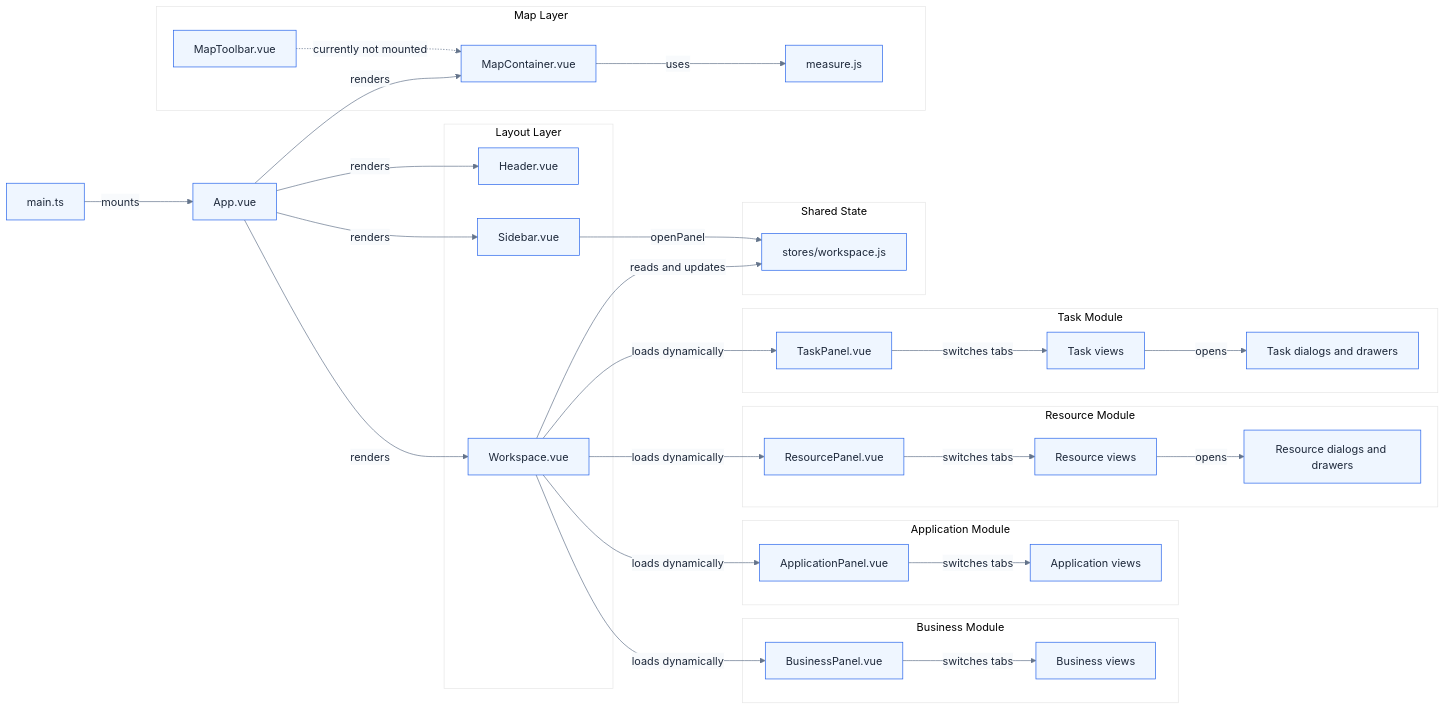
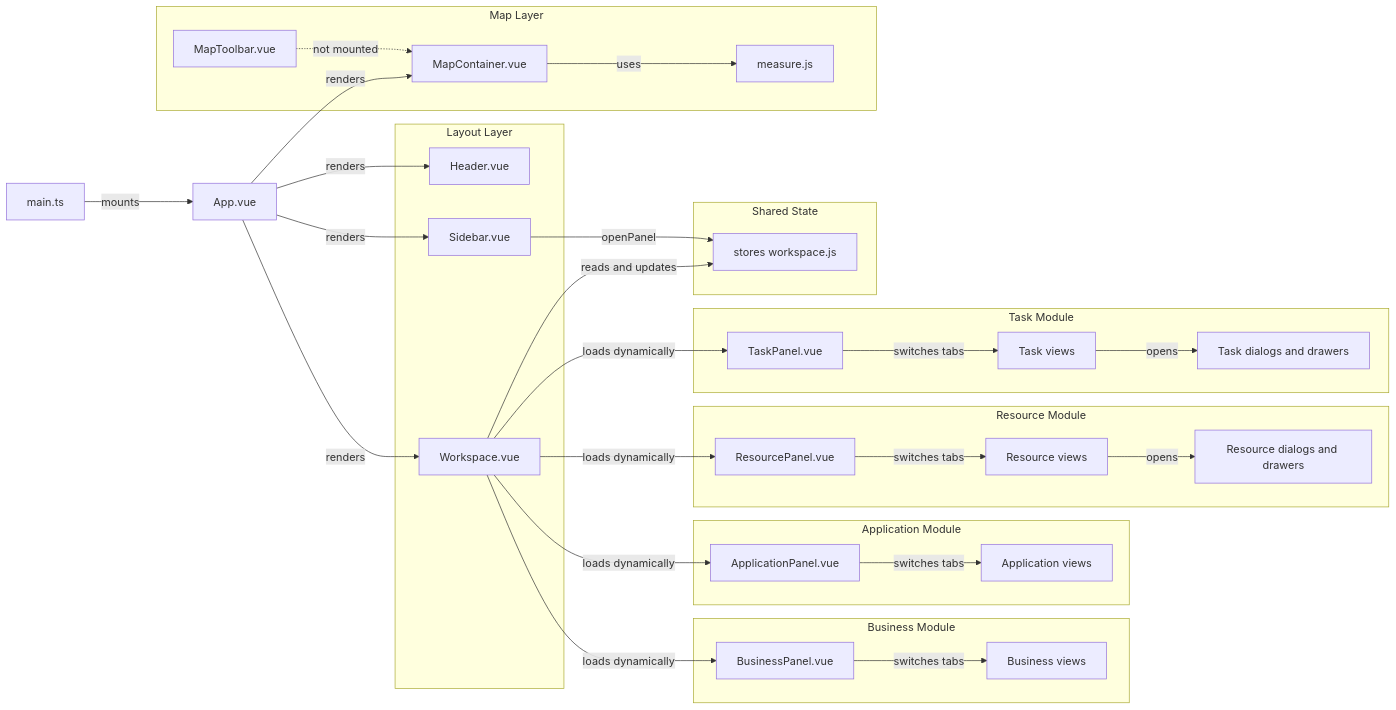
Before and after one commit to shyzs-123/self: the first of 2 diagrams in docs/vue3-project-architecture.md, drawn with Mermaid. The commit also changed other lines of this file and 17 other files, not shown here.

````diff
--- a/docs/vue3-project-architecture.md
+++ b/docs/vue3-project-architecture.md
@@ -8,67 +8,66 @@
 ```mermaid
-%%{init: {"theme": "base", "themeVariables": {"background": "#ffffff", "primaryColor": "#eff6ff", "primaryTextColor": "#1e293b", "primaryBorderColor": "#2563eb", "lineColor": "#64748b", "secondaryColor": "#f8fafc", "tertiaryColor": "#ffffff"}}}%%
-flowchart LR
-    main["main.ts"]
-    app["App.vue"]
+graph LR
+    main[main.ts]
+    app[App.vue]
 
-    subgraph layoutLayer["Layout Layer"]
-        header["Header.vue"]
-        sidebar["Sidebar.vue"]
-        workspace["Workspace.vue"]
+    subgraph layoutLayer [Layout Layer]
+        header[Header.vue]
+        sidebar[Sidebar.vue]
+        workspace[Workspace.vue]
     end
 
-    subgraph mapLayer["Map Layer"]
-        mapContainer["MapContainer.vue"]
-        mapToolbar["MapToolbar.vue"]
-        measure["measure.js"]
+    subgraph mapLayer [Map Layer]
+        mapContainer[MapContainer.vue]
+        mapToolbar[MapToolbar.vue]
+        measure[measure.js]
     end
 
-    subgraph stateLayer["Shared State"]
-        workspaceStore["stores/workspace.js"]
+    subgraph stateLayer [Shared State]
+        workspaceStore[stores workspace.js]
     end
 
-    subgraph taskModule["Task Module"]
-        taskPanel["TaskPanel.vue"]
-        taskViews["Task views"]
-        taskDialogs["Task dialogs and drawers"]
+    subgraph taskModule [Task Module]
+        taskPanel[TaskPanel.vue]
+        taskViews[Task views]
+        taskDialogs[Task dialogs and drawers]
     end
 
-    subgraph resourceModule["Resource Module"]
-        resourcePanel["ResourcePanel.vue"]
-        resourceViews["Resource views"]
-        resourceDialogs["Resource dialogs and drawers"]
+    subgraph resourceModule [Resource Module]
+        resourcePanel[ResourcePanel.vue]
+        resourceViews[Resource views]
+        resourceDialogs[Resource dialogs and drawers]
     end
 
-    subgraph applicationModule["Application Module"]
-        applicationPanel["ApplicationPanel.vue"]
-        applicationViews["Application views"]
+    subgraph applicationModule [Application Module]
+        applicationPanel[ApplicationPanel.vue]
+        applicationViews[Application views]
     end
 
-    subgraph businessModule["Business Module"]
-        businessPanel["BusinessPanel.vue"]
-        businessViews["Business views"]
+    subgraph businessModule [Business Module]
+        businessPanel[BusinessPanel.vue]
+        businessViews[Business views]
     end
 
-    main -->|"mounts"| app
-    app -->|"renders"| header
-    app -->|"renders"| sidebar
-    app -->|"renders"| mapContainer
-    app -->|"renders"| workspace
+    main -->|mounts| app
+    app -->|renders| header
+    app -->|renders| sidebar
+    app -->|renders| mapContainer
+    app -->|renders| workspace
 
-    sidebar -->|"openPanel"| workspaceStore
-    workspace -->|"reads and updates"| workspaceStore
-    workspace -->|"loads dynamically"| taskPanel
-    workspace -->|"loads dynamically"| resourcePanel
-    workspace -->|"loads dynamically"| applicationPanel
-    workspace -->|"loads dynamically"| businessPanel
+    sidebar -->|openPanel| workspaceStore
+    workspace -->|reads and updates| workspaceStore
+    workspace -->|loads dynamically| taskPanel
+    workspace -->|loads dynamically| resourcePanel
+    workspace -->|loads dynamically| applicationPanel
+    workspace -->|loads dynamically| businessPanel
 
-    mapContainer -->|"uses"| measure
-    mapToolbar -.->|"currently not mounted"| mapContainer
+    mapContainer -->|uses| measure
+    mapToolbar -.->|not mounted| mapContainer
 
-    taskPanel -->|"switches tabs"| taskViews
-    taskViews -->|"opens"| taskDialogs
-    resourcePanel -->|"switches tabs"| resourceViews
-    resourceViews -->|"opens"| resourceDialogs
-    applicationPanel -->|"switches tabs"| applicationViews
-    businessPanel -->|"switches tabs"| businessViews
+    taskPanel -->|switches tabs| taskViews
+    taskViews -->|opens| taskDialogs
+    resourcePanel -->|switches tabs| resourceViews
+    resourceViews -->|opens| resourceDialogs
+    applicationPanel -->|switches tabs| applicationViews
+    businessPanel -->|switches tabs| businessViews
 ```
````
